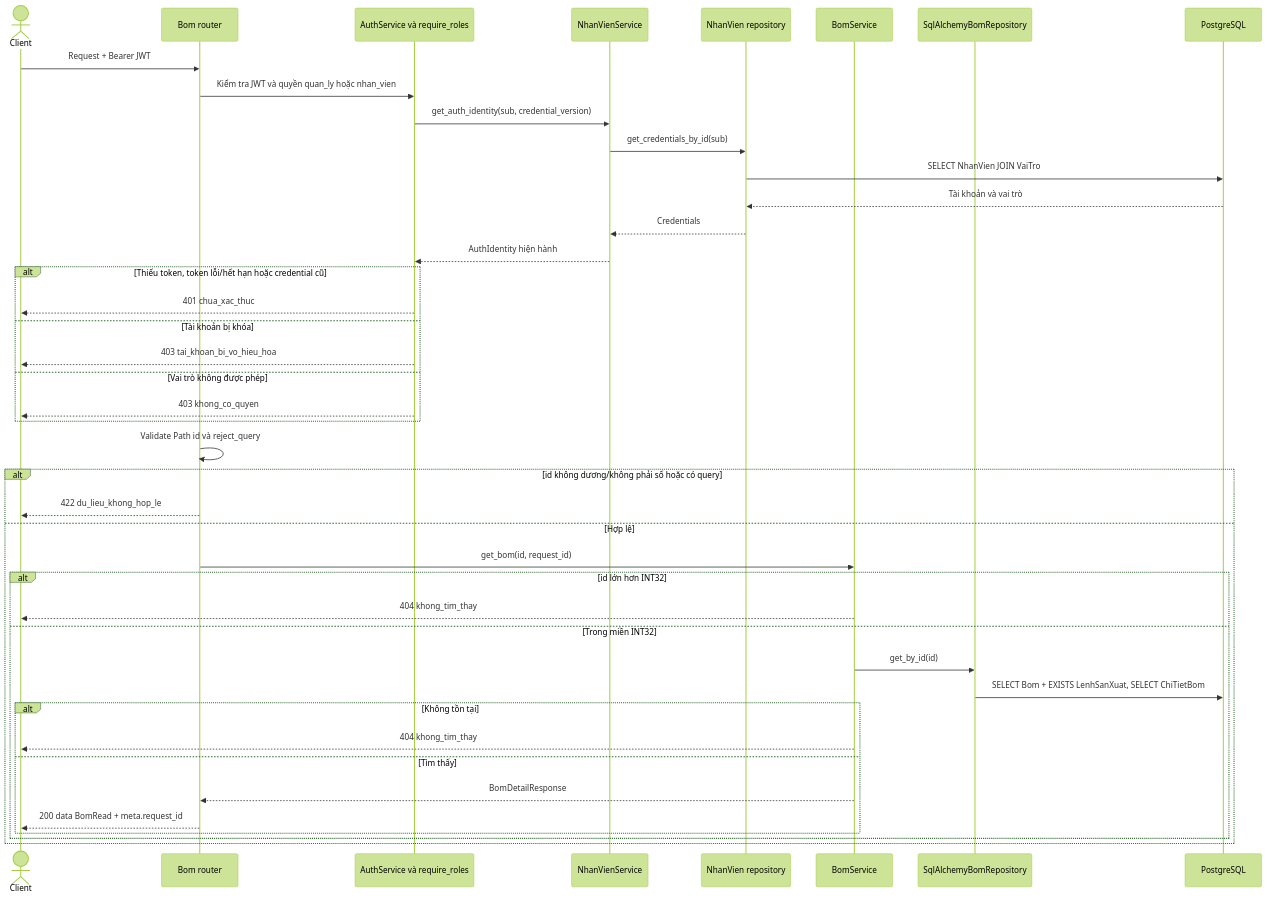
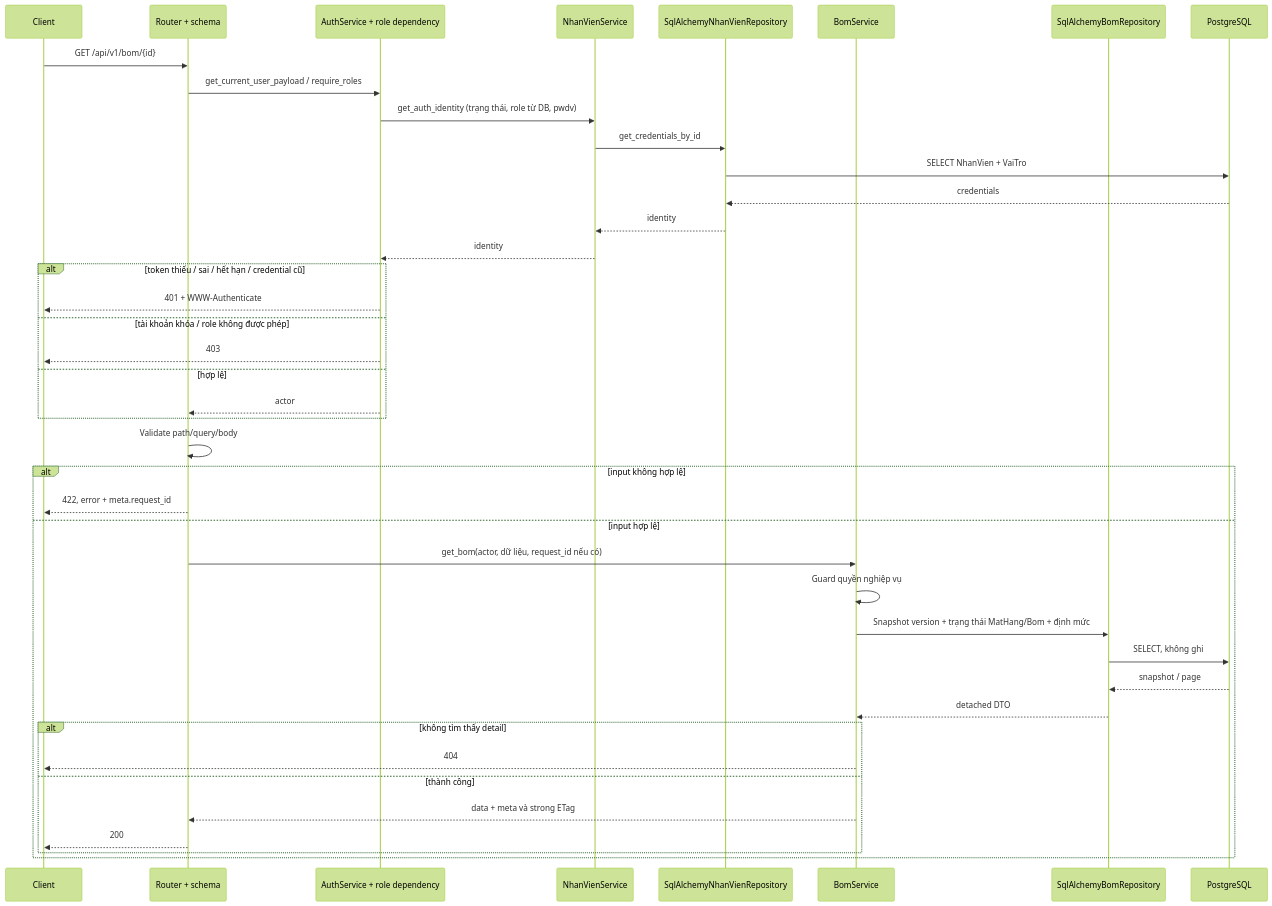
The second of 6 diagrams in docs/sequence/bom.md (thanhklt/xbike-mrp-system), drawn with Mermaid (forest theme) before and after one commit. The commit also changed other lines of this file and 41 other files, not shown here.

Commit message:
feat(bom)!: implement UC-15 to UC-19 for data model v4

````diff
--- a/docs/sequence/bom.md
+++ b/docs/sequence/bom.md
@@ -61,44 +63,43 @@
 ```mermaid
 sequenceDiagram
-    actor C as Client
-    participant R as Bom router
-    participant A as AuthService và require_roles
+    participant C as Client
+    participant R as Router + schema
+    participant A as AuthService + role dependency
     participant N as NhanVienService
-    participant NR as NhanVien repository
+    participant NR as SqlAlchemyNhanVienRepository
     participant S as BomService
     participant B as SqlAlchemyBomRepository
-    participant P as PostgreSQL
-    C->>R: Request + Bearer JWT
-    R->>A: Kiểm tra JWT và quyền quan_ly hoặc nhan_vien
-    A->>N: get_auth_identity(sub, credential_version)
-    N->>NR: get_credentials_by_id(sub)
-    NR->>P: SELECT NhanVien JOIN VaiTro
-    P-->>NR: Tài khoản và vai trò
-    NR-->>N: Credentials
-    N-->>A: AuthIdentity hiện hành
-    alt Thiếu token, token lỗi/hết hạn hoặc credential cũ
-        A-->>C: 401 chua_xac_thuc
-    else Tài khoản bị khóa
-        A-->>C: 403 tai_khoan_bi_vo_hieu_hoa
-    else Vai trò không được phép
-        A-->>C: 403 khong_co_quyen
+    participant DB as PostgreSQL
+    C->>R: GET /api/v1/bom/{id}
+    R->>A: get_current_user_payload / require_roles
+    A->>N: get_auth_identity (trạng thái, role từ DB, pwdv)
+    N->>NR: get_credentials_by_id
+    NR->>DB: SELECT NhanVien + VaiTro
+    DB-->>NR: credentials
+    NR-->>N: identity
+    N-->>A: identity
+    alt token thiếu / sai / hết hạn / credential cũ
+        A-->>C: 401 + WWW-Authenticate
+    else tài khoản khóa / role không được phép
+        A-->>C: 403
+    else hợp lệ
+        A-->>R: actor
     end
-    R->>R: Validate Path id và reject_query
-    alt id không dương/không phải số hoặc có query
-        R-->>C: 422 du_lieu_khong_hop_le
-    else Hợp lệ
-        R->>S: get_bom(id, request_id)
-        alt id lớn hơn INT32
-            S-->>C: 404 khong_tim_thay
-        else Trong miền INT32
-            S->>B: get_by_id(id)
-            B->>P: SELECT Bom + EXISTS LenhSanXuat, SELECT ChiTietBom
-            alt Không tồn tại
-                S-->>C: 404 khong_tim_thay
-            else Tìm thấy
-                S-->>R: BomDetailResponse
-                R-->>C: 200 data BomRead + meta.request_id
-            end
+    R->>R: Validate path/query/body
+    alt input không hợp lệ
+        R-->>C: 422, error + meta.request_id
+    else input hợp lệ
+        R->>S: get_bom(actor, dữ liệu, request_id nếu có)
+        S->>S: Guard quyền nghiệp vụ
+        S->>B: Snapshot version + trạng thái MatHang/Bom + định mức
+        B->>DB: SELECT, không ghi
+        DB-->>B: snapshot / page
+        B-->>S: detached DTO
+        alt không tìm thấy detail
+            S-->>C: 404
+        else thành công
+            S-->>R: data + meta và strong ETag
+            R-->>C: 200
         end
     end
 ```
````
